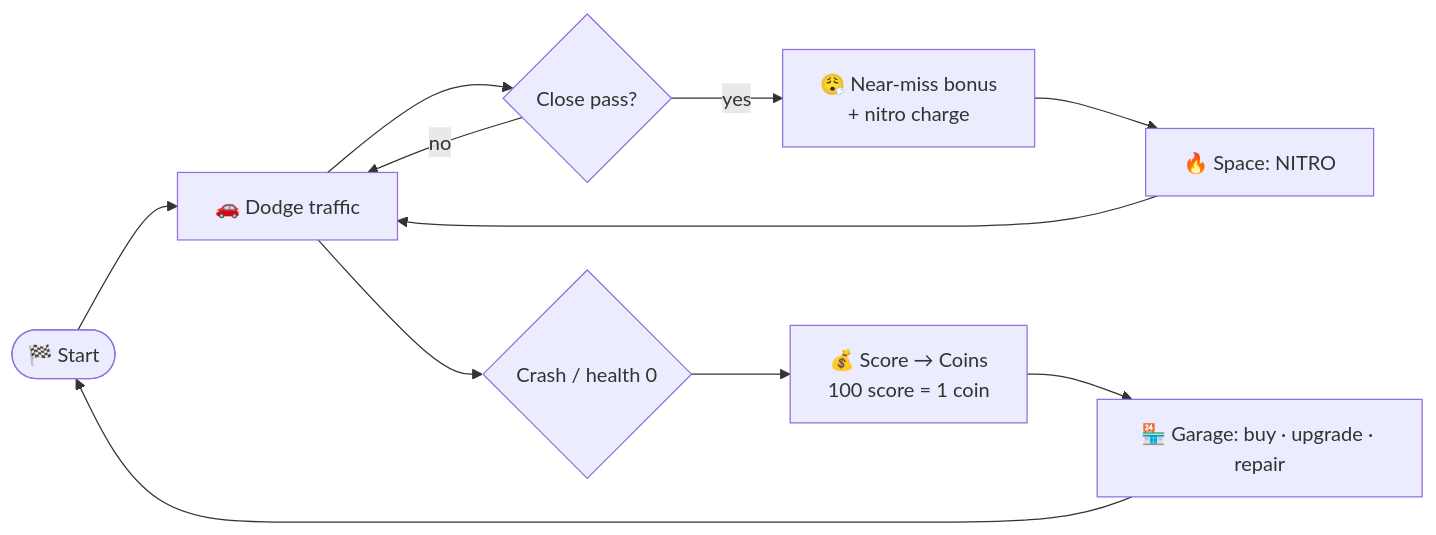
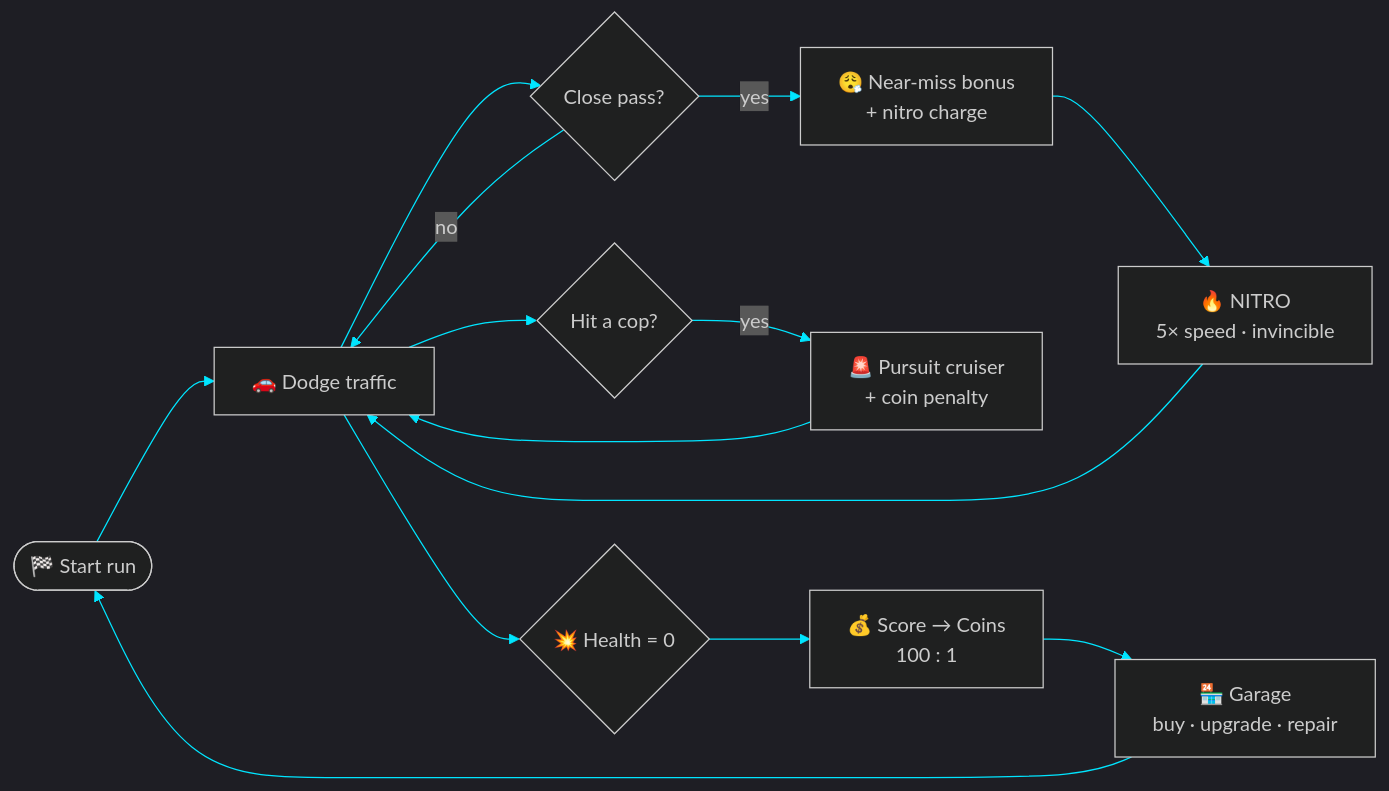
One commit to PhuNgao123/Trafic-Chaos-No-Brain-Drive changed the first of 2 diagrams in README.md. Above: the diagram before and after it, drawn with Mermaid. The commit also changed other lines of this file and 4 other files, not shown here.

````diff
--- a/README.md
+++ b/README.md
@@ -73,13 +51,17 @@
 ```mermaid
+%%{init: {'theme':'dark','themeVariables':{'primaryColor':'#1b0638','primaryBorderColor':'#ff2e88','primaryTextColor':'#ffffff','lineColor':'#00e5ff','fontFamily':'Segoe UI'}}}%%
 flowchart LR
-    A([🏁 Start]) --> B[🚗 Dodge traffic]
+    A([🏁 Start run]) --> B[🚗 Dodge traffic]
     B --> C{Close pass?}
     C -- yes --> D[😮‍💨 Near-miss bonus<br/>+ nitro charge]
     C -- no --> B
-    D --> E[🔥 Space: NITRO]
+    D --> E[🔥 NITRO<br/>5× speed · invincible]
     E --> B
-    B --> F{Crash / health 0}
-    F --> G[💰 Score → Coins<br/>100 score = 1 coin]
-    G --> H[🏪 Garage: buy · upgrade · repair]
+    B --> P{Hit a cop?}
+    P -- yes --> Q[🚨 Pursuit cruiser<br/>+ coin penalty]
+    Q --> B
+    B --> F{💥 Health = 0}
+    F --> G[💰 Score → Coins<br/>100 : 1]
+    G --> H[🏪 Garage<br/>buy · upgrade · repair]
     H --> A
 ```
````
